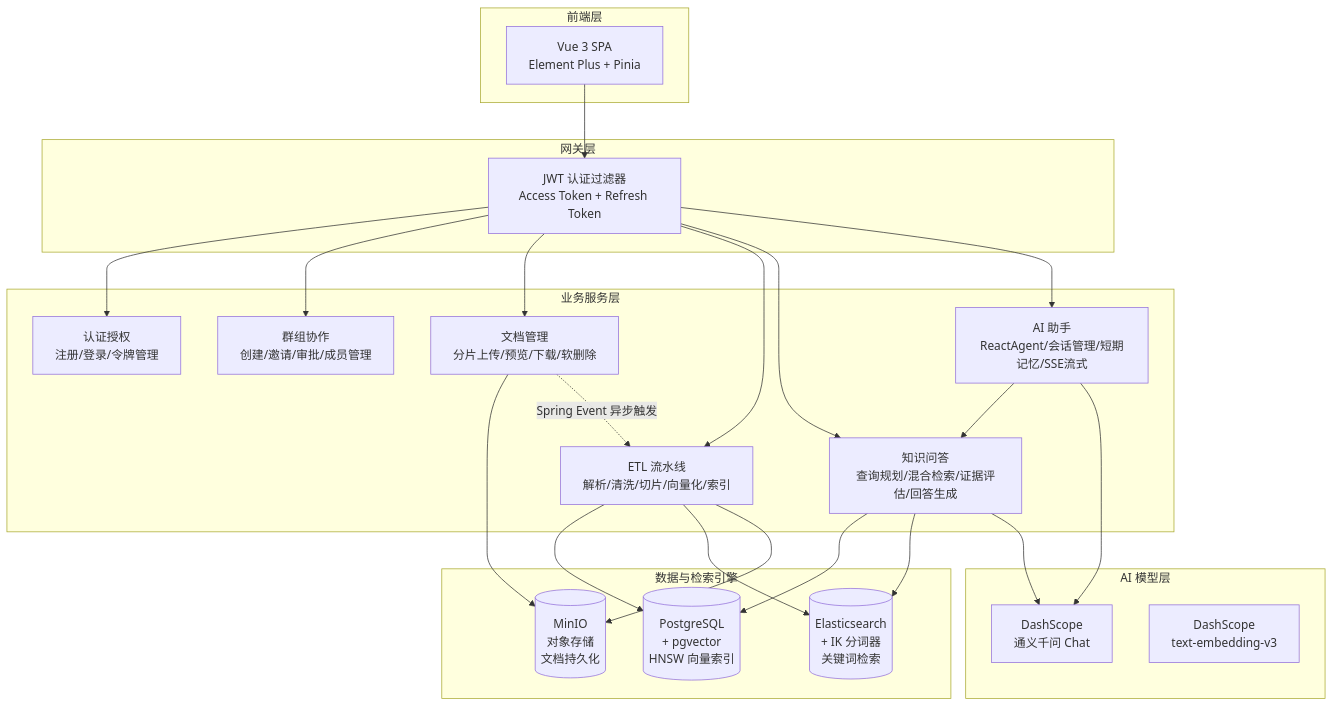
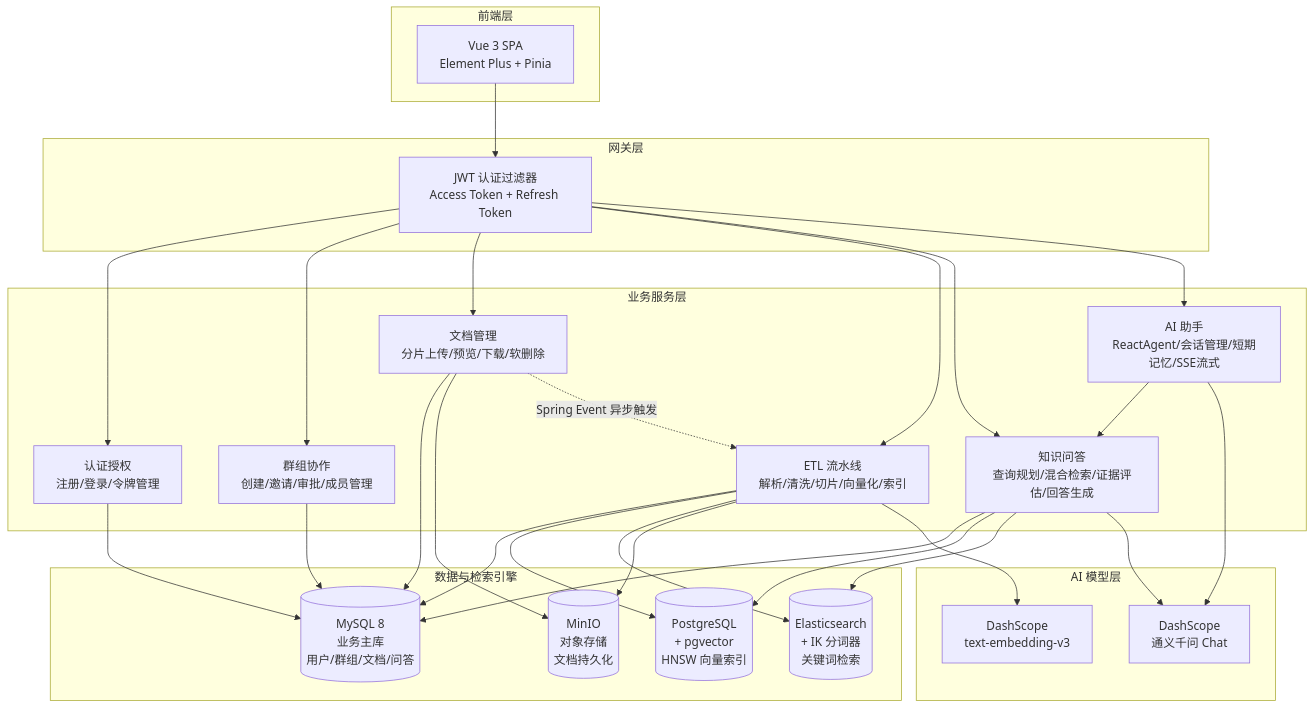
Before and after one commit to wxz191919/Argus: the diagram in README.md, drawn with Mermaid. The commit also changed other lines of this file and 1 other file, not shown here.

````diff
--- a/README.md
+++ b/README.md
@@ -128,38 +190,42 @@
 ```mermaid
 graph TB
     subgraph 前端层
         A[Vue 3 SPA<br/>Element Plus + Pinia]
     end
 
     subgraph 网关层
         B[JWT 认证过滤器<br/>Access Token + Refresh Token]
     end
 
     subgraph 业务服务层
         C[认证授权<br/>注册/登录/令牌管理]
         D[群组协作<br/>创建/邀请/审批/成员管理]
         E[文档管理<br/>分片上传/预览/下载/软删除]
         F[ETL 流水线<br/>解析/清洗/切片/向量化/索引]
         G[知识问答<br/>查询规划/混合检索/证据评估/回答生成]
         H[AI 助手<br/>ReactAgent/会话管理/短期记忆/SSE流式]
     end
 
     subgraph 数据与检索引擎
-        I[(PostgreSQL<br/>+ pgvector<br/>HNSW 向量索引)]
+        I[(MySQL 8<br/>业务主库<br/>用户/群组/文档/问答)]
+        N[(PostgreSQL<br/>+ pgvector<br/>HNSW 向量索引)]
         J[(Elasticsearch<br/>+ IK 分词器<br/>关键词检索)]
         K[(MinIO<br/>对象存储<br/>文档持久化)]
     end
 
     subgraph AI 模型层
         L[DashScope<br/>通义千问 Chat]
         M[DashScope<br/>text-embedding-v3]
     end
 
     A --> B
     B --> C & D & E & F & G & H
-    E --> K
-    F --> I & J & K
-    G --> I & J & L
+    C --> I
+    D --> I
+    E --> I & K
+    F --> I & N & J & K
+    F --> M
+    G --> I & N & J & L
     H --> G & L
     E -.->|Spring Event 异步触发| F
 ```
````
